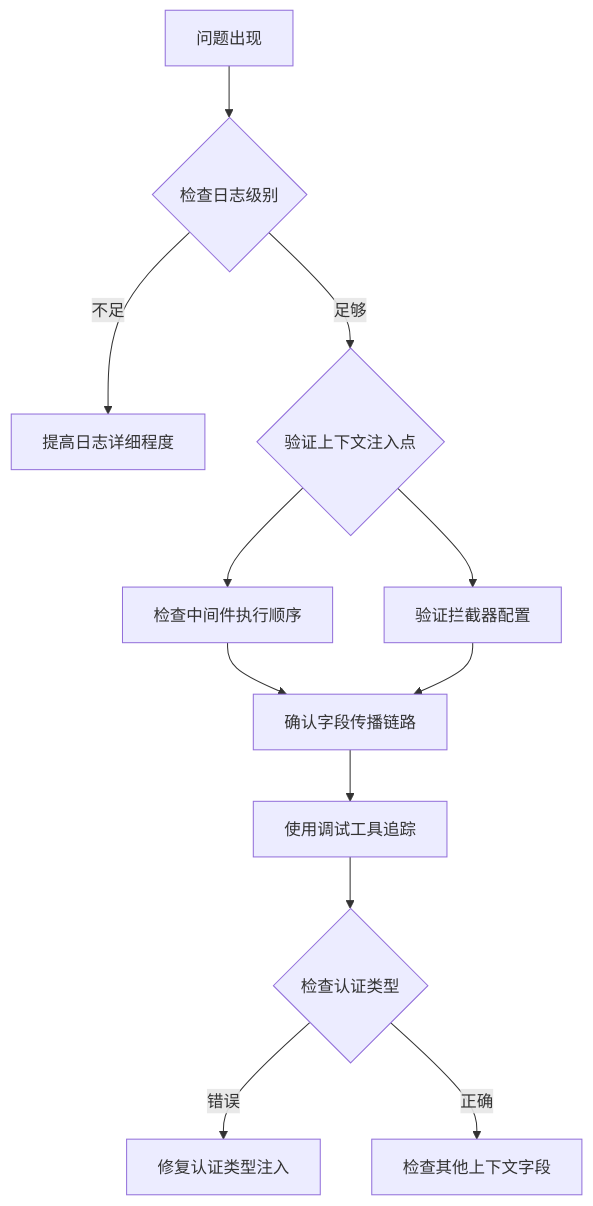
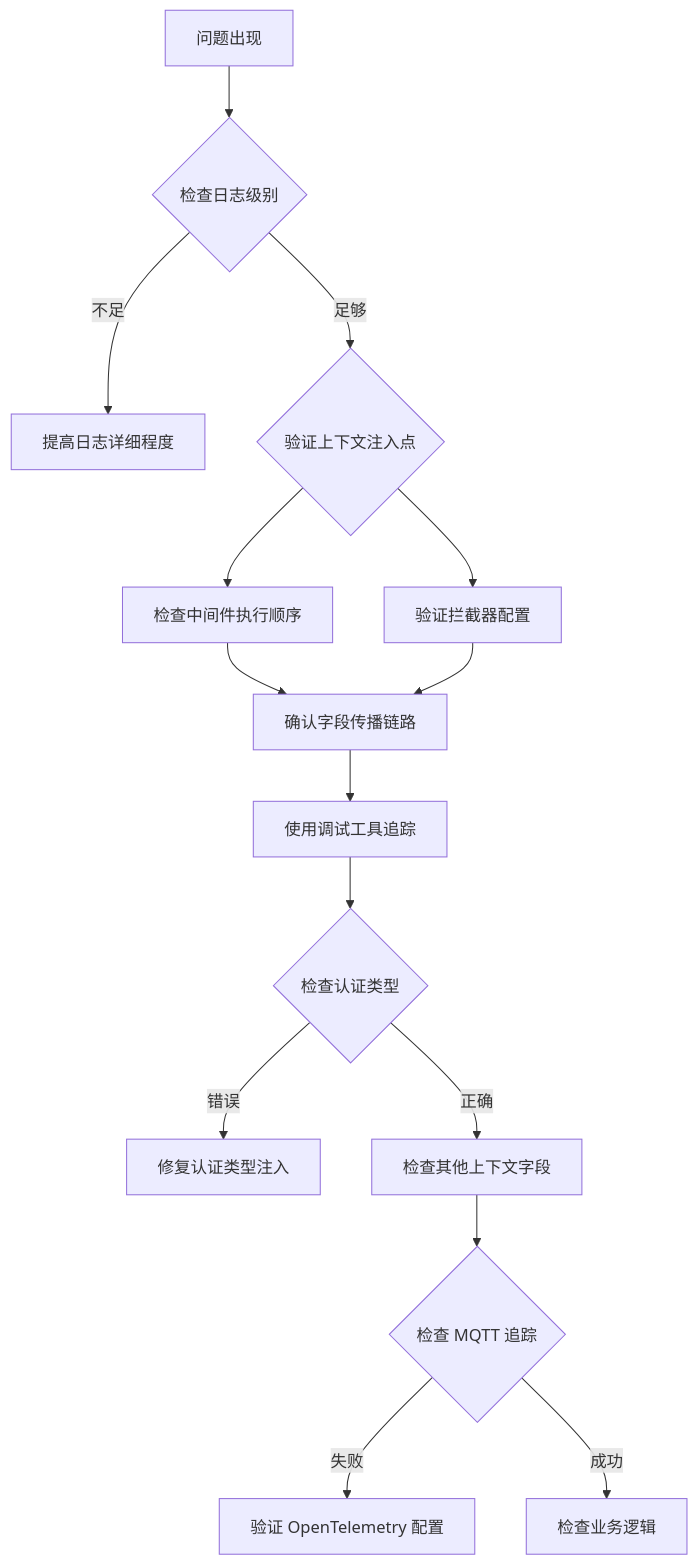
Before and after one commit to maomao94/zero-service: diagram 13 of 13 in .qoder/repowiki/zh/content/Ctxdata Context Management.md, drawn with Mermaid. The commit also changed other lines of this file and 25 other files, not shown here.

````diff
--- a/.qoder/repowiki/zh/content/Ctxdata Context Management.md
+++ b/.qoder/repowiki/zh/content/Ctxdata Context Management.md
@@ -492,14 +581,17 @@
 ```mermaid
 flowchart TD
 A[问题出现] --> B{检查日志级别}
 B --> |不足| C[提高日志详细程度]
 B --> |足够| D{验证上下文注入点}
 D --> E[检查中间件执行顺序]
 D --> F[验证拦截器配置]
 E --> G[确认字段传播链路]
 F --> G
 G --> H[使用调试工具追踪]
 H --> I{检查认证类型}
 I --> |错误| J[修复认证类型注入]
 I --> |正确| K[检查其他上下文字段]
+K --> L{检查 MQTT 追踪}
+L --> |失败| M[验证 OpenTelemetry 配置]
+L --> |成功| N[检查业务逻辑]
 ```
````
